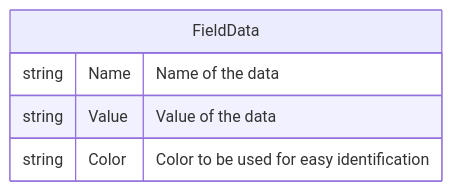
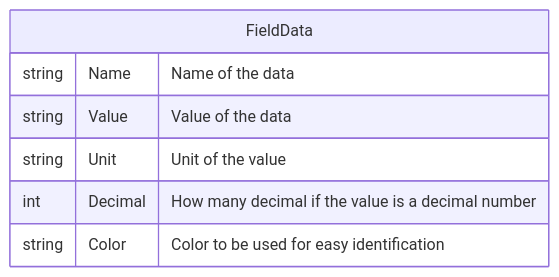
One commit to SCarlsen7757/SimhubDashMenuPlugin changed the first of 2 diagrams in README.md. Above: the diagram before and after it, drawn with Mermaid. The commit also changed other lines of this file and 11 other files, not shown here.

````diff
--- a/README.md
+++ b/README.md
@@ -58,8 +60,10 @@
 ```mermaid
 erDiagram
     FieldData{
       string Name "Name of the data"
       string Value "Value of the data"
+      string Unit "Unit of the value"
+      int Decimal "How many decimal if the value is a decimal number"
       string Color "Color to be used for easy identification"
     }
 ```
````
